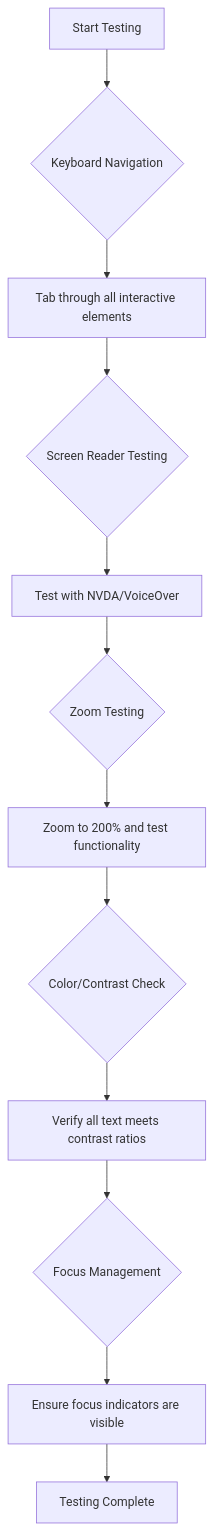
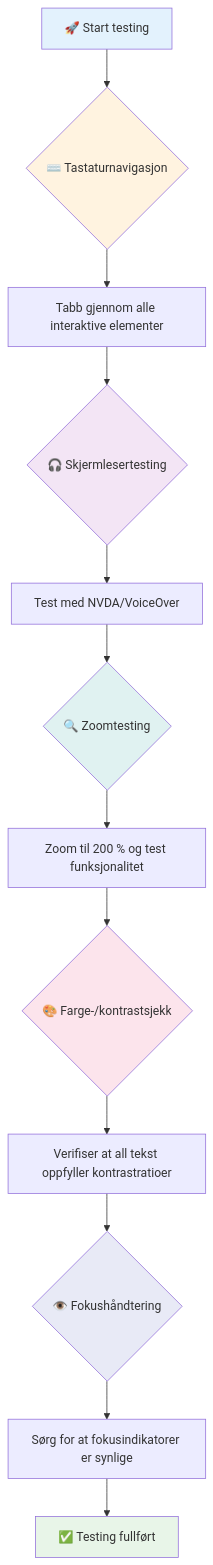
Before and after one commit to microsoft/Web-Dev-For-Beginners: the third of 13 diagrams in translations/no/1-getting-started-lessons/3-accessibility/README.md, drawn with Mermaid. The commit also changed other lines of this file and 99 other files, not shown here.

````diff
--- a/translations/no/1-getting-started-lessons/3-accessibility/README.md
+++ b/translations/no/1-getting-started-lessons/3-accessibility/README.md
@@ -67,14 +107,22 @@
 ```mermaid
-graph TD
-    A[Start Testing] --> B{Keyboard Navigation}
-    B --> C[Tab through all interactive elements]
-    C --> D{Screen Reader Testing}
-    D --> E[Test with NVDA/VoiceOver]
-    E --> F{Zoom Testing}
-    F --> G[Zoom to 200% and test functionality]
-    G --> H{Color/Contrast Check}
-    H --> I[Verify all text meets contrast ratios]
-    I --> J{Focus Management}
-    J --> K[Ensure focus indicators are visible]
-    K --> L[Testing Complete]
+flowchart TD
+    A[🚀 Start testing] --> B{⌨️ Tastaturnavigasjon}
+    B --> C[Tabb gjennom alle interaktive elementer]
+    C --> D{🎧 Skjermlesertesting}
+    D --> E[Test med NVDA/VoiceOver]
+    E --> F{🔍 Zoomtesting}
+    F --> G[Zoom til 200 % og test funksjonalitet]
+    G --> H{🎨 Farge-/kontrastsjekk}
+    H --> I[Verifiser at all tekst oppfyller kontrastratioer]
+    I --> J{👁️ Fokushåndtering}
+    J --> K[Sørg for at fokusindikatorer er synlige]
+    K --> L[✅ Testing fullført]
+    
+    style A fill:#e3f2fd
+    style L fill:#e8f5e8
+    style B fill:#fff3e0
+    style D fill:#f3e5f5
+    style F fill:#e0f2f1
+    style H fill:#fce4ec
+    style J fill:#e8eaf6
 ```
````
